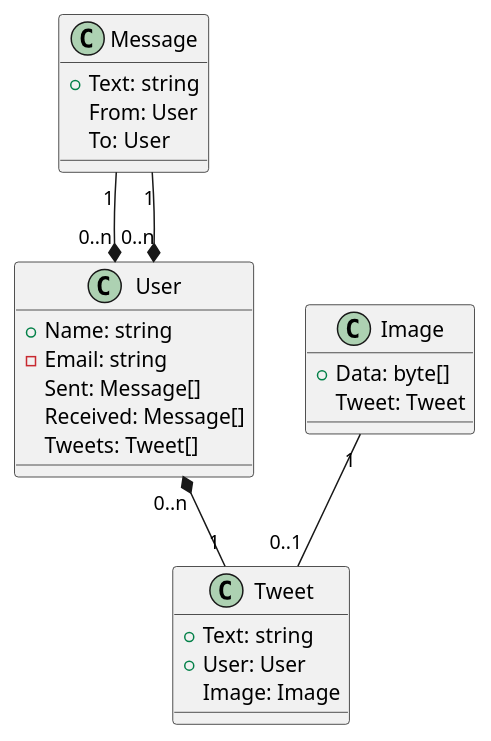
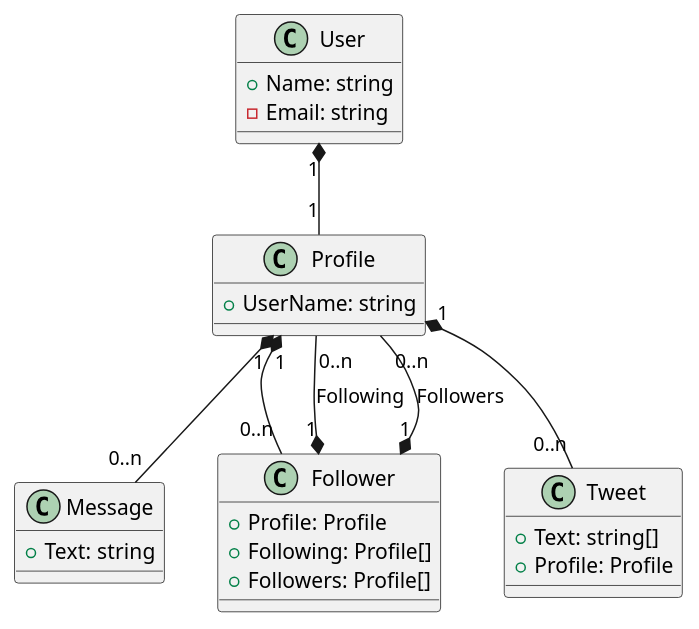
Before and after one commit to vrenken/EtAlii.Generators: the diagram in Source/EtAlii.Generators.EntityFrameworkCore.Tests/EntityModels/SimpleEntityModel.puml, drawn with PlantUML. The commit also changed 4 other files, not shown here.

```diff
--- a/Source/EtAlii.Generators.EntityFrameworkCore.Tests/EntityModels/SimpleEntityModel.puml
+++ b/Source/EtAlii.Generators.EntityFrameworkCore.Tests/EntityModels/SimpleEntityModel.puml
@@ -1,55 +1,56 @@
 @startuml
 
 'efcore namespace EtAlii.Generators.EntityFrameworkCore.Tests
 'efcore using EtAlii.Generators.EntityFrameworkCore.Tests.Nested
 'efcore entity EntityBase
 'efcore dbcontext SimpleEntityModelDbContextBase
-'efcore interface ISimpleEntityModelDbContext
 
-'efcore map 'From' 'Sent'
-Message "1" --* "0..n" User
+'efcore map 'Profile' 'User'
+User "1" *-- "1" Profile
+'efcore map 'Message' 'Profile'
+Profile "1" *-- "0..n" Message
+'efcore map 'Follower' 'Profile'
+Profile "1" *-- "0..n" Follower
+'efcore map 'Tweet' 'Profile'
+Profile "1" *-- "0..n" Tweet
 
-'efcore map 'To' 'Received'
-Message "1" --* "0..n" User
-
-'efcore map 'Tweets' 'User'
-User "0..n" *-- "1" Tweet
-
-'efcore map 'Tweet' 'Image'
-Image "1" -- "0..1" Tweet
+Follower "1" *-- "0..n" Profile : Following
+Follower "1" *-- "0..n" Profile : Followers
 
 'efcore map 'Users'
 class User
 {
     +Name: string
     -Email: string
-    Sent: Message[]
-    Received: Message[]
-    Tweets: Tweet[]
+}
+
+'efcore map 'Profiles'
+class Profile
+{
+    +UserName: string
 }
 
 'efcore map 'Messages'
 class Message {
-    +Text: string
-    From: User
-    To: User
++Text: string
+}
+
+
+'efcore map 'Followers'
+class Follower{
++Profile: Profile
++Following: Profile[]
++Followers: Profile[]
 }
 
 'efcore map 'Tweets'
 class Tweet{
-+Text: string
-+User: User
-Image: Image
-}
-
-'efcore map 'Images'
-class Image{
-+Data: byte[]
-Tweet: Tweet
++Text: string[]
++Profile: Profile
 }
 
 'note left of User::Email
 'The email address of the user
 'end note
 
 @enduml
```
